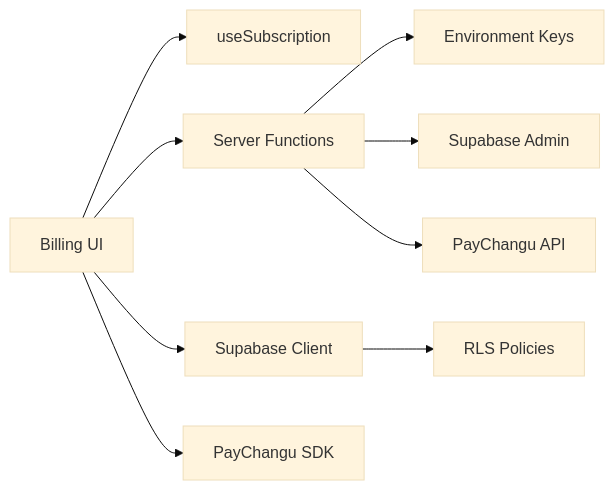
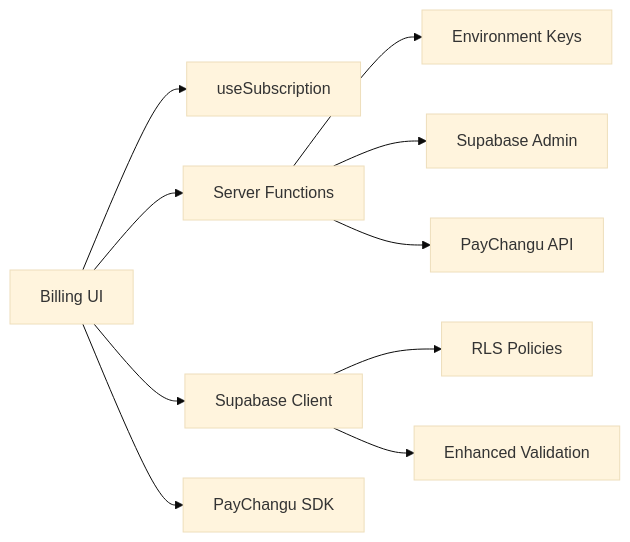
Before and after one commit to themclloyd/storq: the sixth of 6 diagrams in .qoder/repowiki/en/content/Billing & Subscriptions/Billing & Subscriptions.md, drawn with Mermaid (base theme). The commit also changed other lines of this file and 31 other files, not shown here.

````diff
--- a/.qoder/repowiki/en/content/Billing & Subscriptions/Billing & Subscriptions.md
+++ b/.qoder/repowiki/en/content/Billing & Subscriptions/Billing & Subscriptions.md
@@ -305,11 +337,12 @@
 ```mermaid
 graph LR
 UI["Billing UI"] --> Hook["useSubscription"]
 UI --> SF["Server Functions"]
 UI --> DB["Supabase Client"]
 UI --> PC["PayChangu SDK"]
 SF --> Env["Environment Keys"]
 SF --> DBAdmin["Supabase Admin"]
 SF --> PCAPI["PayChangu API"]
 DB --> RLS["RLS Policies"]
+DB --> Validation["Enhanced Validation"]
 ```
````
